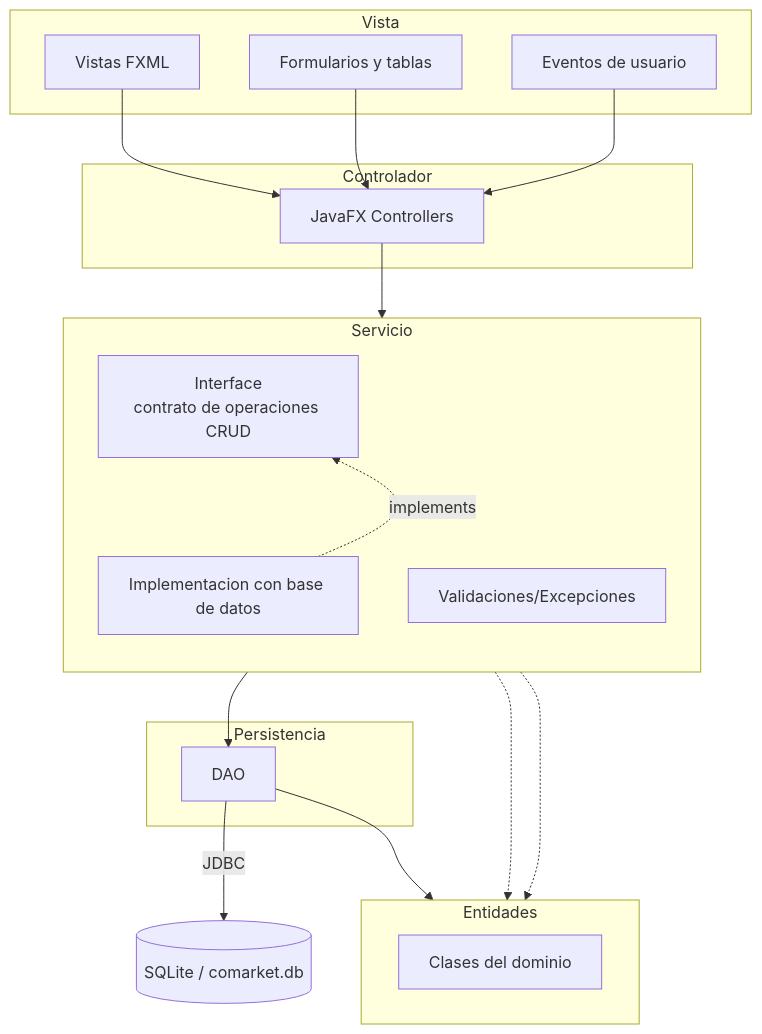
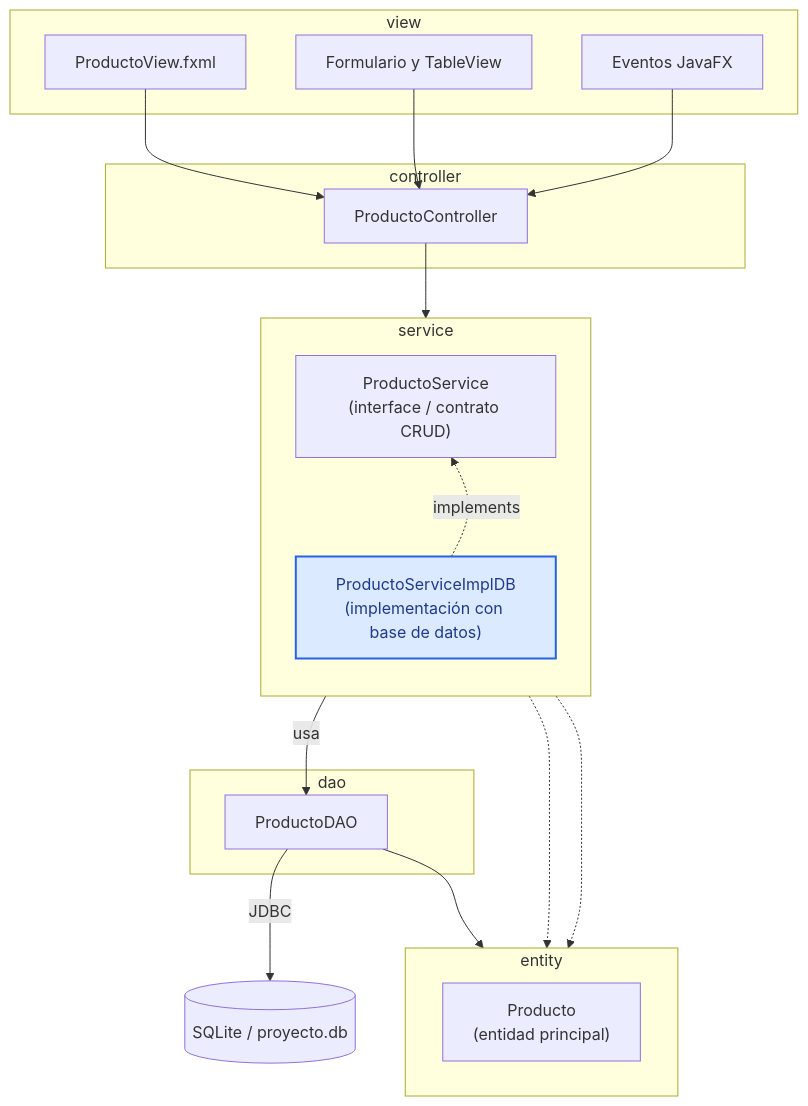
The second of 3 diagrams in docs/index.md (262poo/comarket), drawn with Mermaid before and after one commit. The commit also changed other lines of this file and 36 other files, not shown here.

````diff
--- a/docs/index.md
+++ b/docs/index.md
@@ -122,41 +147,43 @@
 ```mermaid
 flowchart TB
-    subgraph View["Vista"]
-        FXML["Vistas FXML"]
-        Formularios["Formularios y tablas"]
-        Eventos["Eventos de usuario"]
+    subgraph View["view"]
+        FXML["ProductoView.fxml"]
+        Formularios["Formulario y TableView"]
+        Eventos["Eventos JavaFX"]
     end
 
-    subgraph Controller["Controlador"]
-        Controllers["JavaFX Controllers"]
+    subgraph Controller["controller"]
+        Controllers["ProductoController"]
     end
 
-    subgraph Service["Servicio"]
+    subgraph Service["service"]
         direction TB
-        ServiceInterface["Interface<br/>contrato de operaciones CRUD"]
-        ServiceDbImpl["Implementacion con base de datos"]
-        ServiceValidation["Validaciones/Excepciones"]
+        ServiceInterface["ProductoService<br/>(interface / contrato CRUD)"]
+        ServiceDbImpl["ProductoServiceImplDB<br/>(implementación con base de datos)"]
     end
 
-    subgraph Entities["Entidades"]
-        EntityNode["Clases del dominio"]
+    subgraph Entities["entity"]
+        EntityNode["Producto<br/>(entidad principal)"]
     end
 
-    subgraph Persistence["Persistencia"]
-        DAO["DAO"]
+    subgraph Persistence["dao"]
+        DAO["ProductoDAO"]
     end
 
-    SQLite[("SQLite / comarket.db")]
+    SQLite[("SQLite / proyecto.db")]
 
     FXML --> Controllers
     Formularios --> Controllers
     Eventos --> Controllers
     Controllers --> ServiceInterface
     ServiceInterface ~~~ ServiceDbImpl
     ServiceDbImpl -. implements .-> ServiceInterface
     ServiceInterface -.-> Entities
     ServiceDbImpl -.-> Entities
-    ServiceDbImpl --> DAO
+    ServiceDbImpl -->|"usa"| DAO
     DAO --> Entities
     DAO -->|"JDBC"| SQLite
+
+    classDef serviceImpl fill:#dbeafe,stroke:#2563eb,stroke-width:2px,color:#1e3a8a;
+    class ServiceDbImpl serviceImpl;
 ```
````
